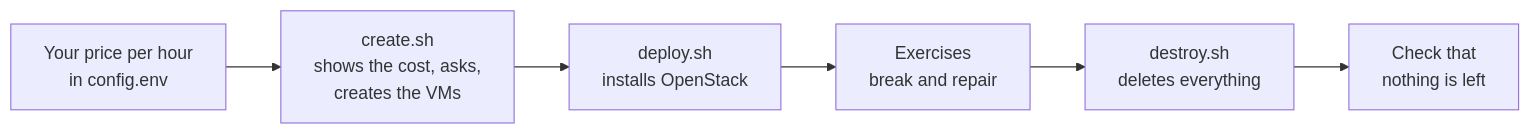
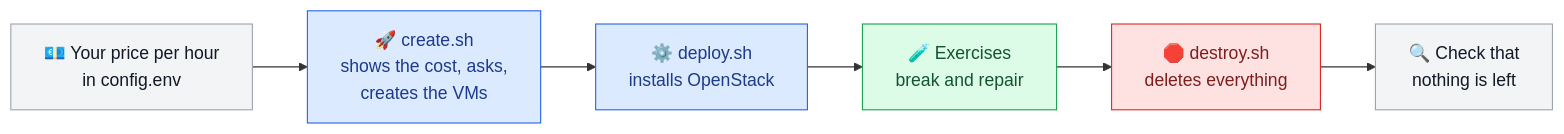
The first of 2 diagrams in README.md (OzarLand/openstack-quick-lab), drawn with Mermaid before and after one commit. The commit also changed other lines of this file, not shown here.

````diff
--- a/README.md
+++ b/README.md
@@ -41,8 +66,16 @@
 ```mermaid
 flowchart LR
-    cost["Your price per hour<br/>in config.env"] --> create["create.sh<br/>shows the cost, asks,<br/>creates the VMs"]
-    create --> deploy["deploy.sh<br/>installs OpenStack"]
-    deploy --> ex["Exercises<br/>break and repair"]
-    ex --> destroy["destroy.sh<br/>deletes everything"]
-    destroy --> check["Check that<br/>nothing is left"]
+    cost["💶 Your price per hour<br/>in config.env"] --> create["🚀 create.sh<br/>shows the cost, asks,<br/>creates the VMs"]
+    create --> deploy["⚙️ deploy.sh<br/>installs OpenStack"]
+    deploy --> ex["🧪 Exercises<br/>break and repair"]
+    ex --> destroy["🛑 destroy.sh<br/>deletes everything"]
+    destroy --> check["🔍 Check that<br/>nothing is left"]
+    classDef neutral fill:#f3f4f6,stroke:#9ca3af,color:#111827
+    classDef go fill:#dbeafe,stroke:#2563eb,color:#1e3a8a
+    classDef lab fill:#dcfce7,stroke:#16a34a,color:#14532d
+    classDef stop fill:#fee2e2,stroke:#dc2626,color:#7f1d1d
+    class cost,check neutral
+    class create,deploy go
+    class ex lab
+    class destroy stop
 ```
````
